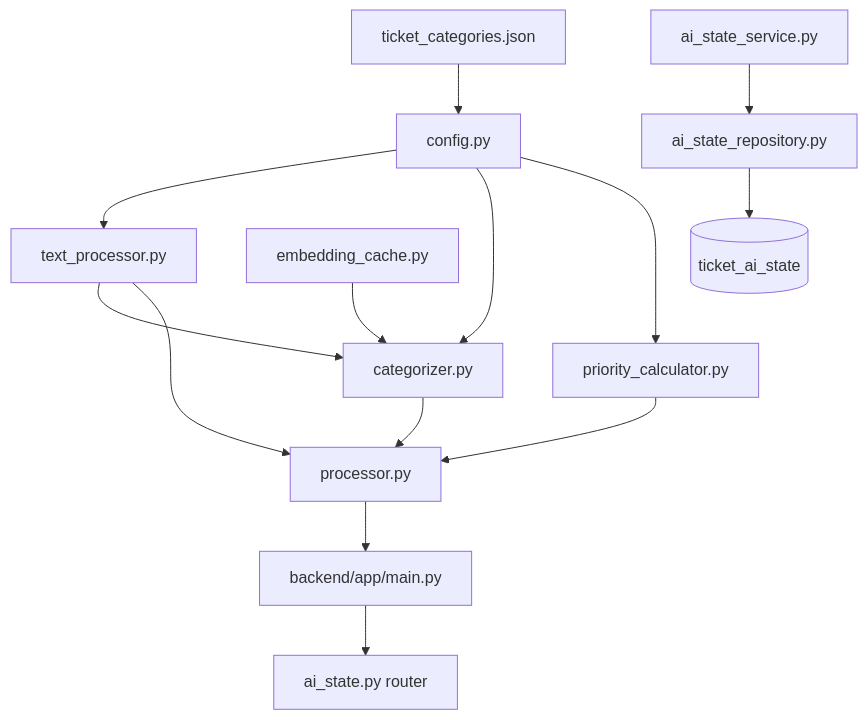
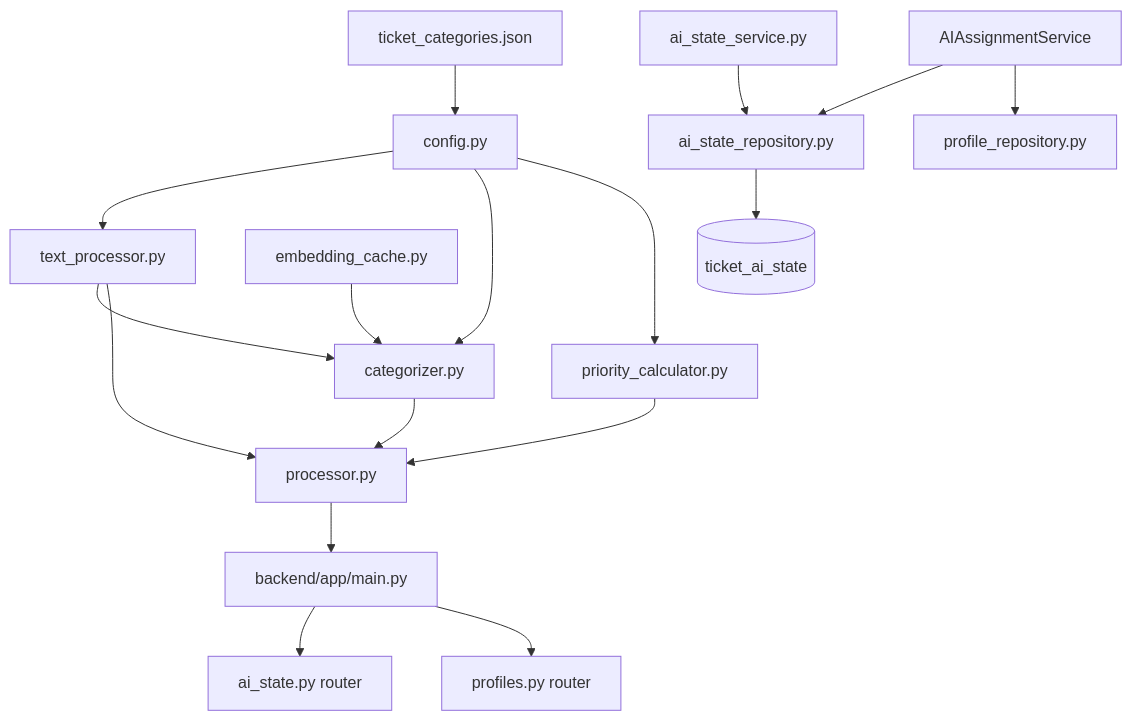
The first of 3 diagrams in docs/services/ai-service/architecture.md (Plymouth-University/comp2003-2025-2026-team-3), drawn with Mermaid before and after one commit. The commit also changed other lines of this file and 4 other files, not shown here.

````diff
--- a/docs/services/ai-service/architecture.md
+++ b/docs/services/ai-service/architecture.md
@@ -20,18 +20,21 @@
 ```mermaid
 flowchart TD
   Config[config.py] --> Text[text_processor.py]
   Config --> Categorizer[categorizer.py]
   Config --> Priority[priority_calculator.py]
 
   Text --> Categorizer
   Text --> Processor[processor.py]
   Categorizer --> Processor
   Priority --> Processor
   Cache[embedding_cache.py] --> Categorizer
   AIStateService[ai_state_service.py] --> AIRepo[ai_state_repository.py]
   AIRepo --> AIStateTable[(ticket_ai_state)]
+  Assign[AIAssignmentService] --> AIRepo
+  Assign --> ProfileRepo[profile_repository.py]
 
   Processor --> API[backend/app/main.py]
   API --> AIRouter[ai_state.py router]
+  API --> ProfileRouter[profiles.py router]
   CategoryFile[ticket_categories.json] --> Config
 ```
````
